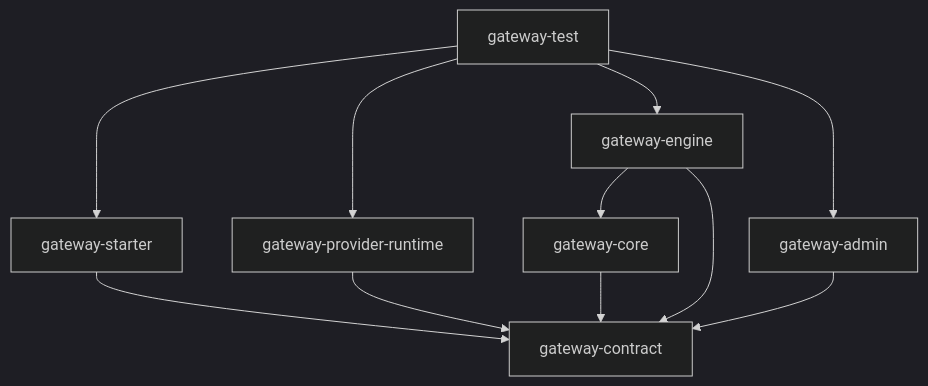
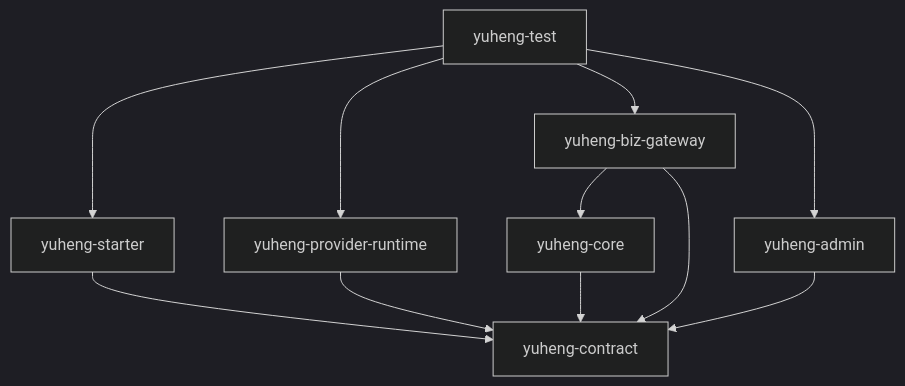
The diagram in docs/superpowers/specs/2026-07-25-gateway-foundation-module-contract-design.md (AllenDEricDAlexander/Egon-COLA), drawn with Mermaid (dark theme) before and after one commit. The commit also changed other lines of this file and 233 other files, not shown here.

````diff
--- a/docs/superpowers/specs/2026-07-25-gateway-foundation-module-contract-design.md
+++ b/docs/superpowers/specs/2026-07-25-gateway-foundation-module-contract-design.md
@@ -312,21 +312,21 @@
 ```mermaid
 flowchart TD
-    Contract["gateway-contract"]
-    Core["gateway-core"]
-    Starter["gateway-starter"]
-    ProviderRuntime["gateway-provider-runtime"]
-    Engine["gateway-engine"]
-    Admin["gateway-admin"]
-    Test["gateway-test"]
+    Contract["yuheng-contract"]
+    Core["yuheng-core"]
+    Starter["yuheng-starter"]
+    ProviderRuntime["yuheng-provider-runtime"]
+    Engine["yuheng-biz-gateway"]
+    Admin["yuheng-admin"]
+    Test["yuheng-test"]
 
     Core --> Contract
     Starter --> Contract
     ProviderRuntime --> Contract
     Engine --> Core
     Engine --> Contract
     Admin --> Contract
     Test --> Starter
     Test --> ProviderRuntime
     Test --> Engine
     Test --> Admin
 ```
````
